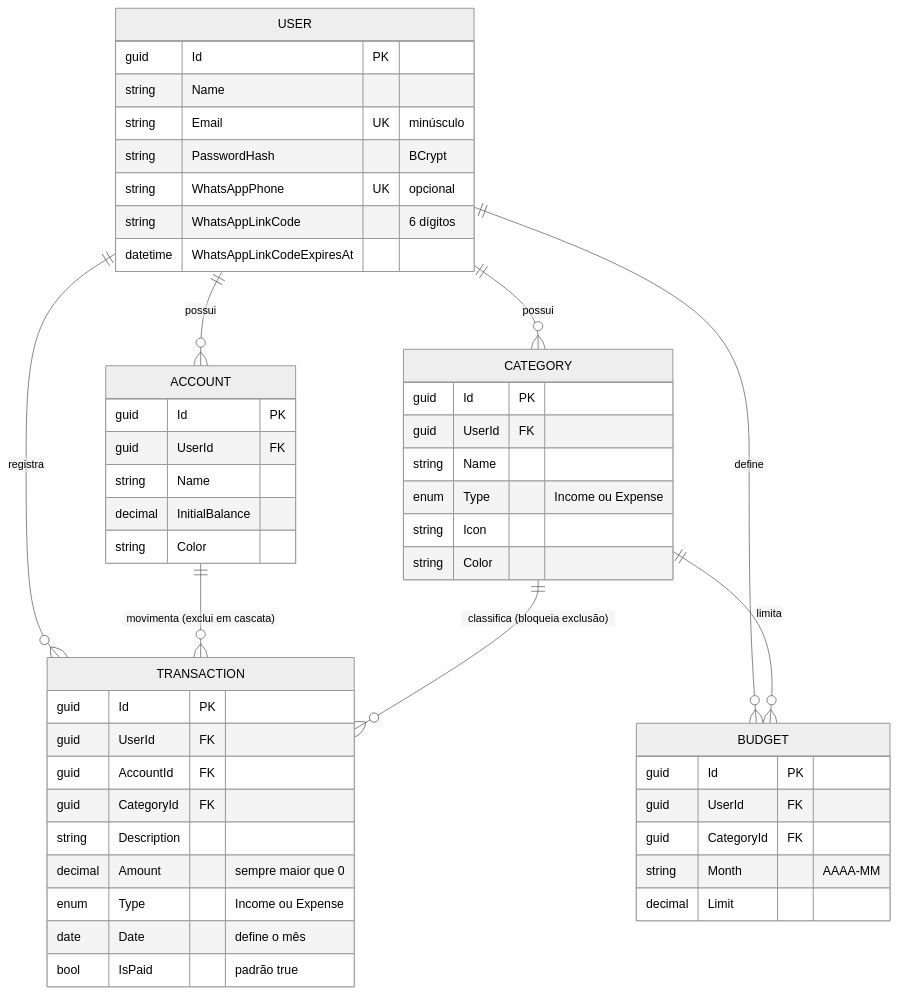
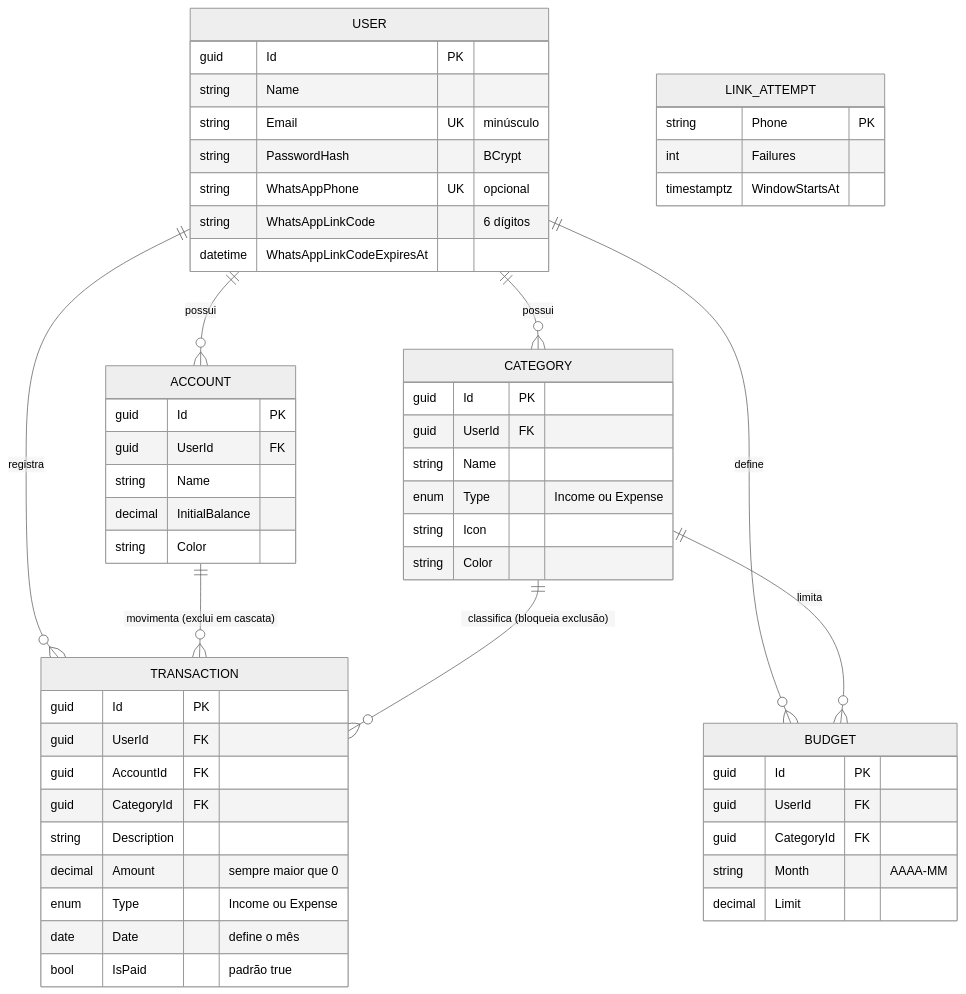
Before and after one commit to Williansouzh/economize: the second of 6 diagrams in docs/ARQUITETURA.md, drawn with Mermaid (neutral theme). The commit also changed other lines of this file and 21 other files, not shown here.

````diff
--- a/docs/ARQUITETURA.md
+++ b/docs/ARQUITETURA.md
@@ -72,52 +74,57 @@
 ```mermaid
 erDiagram
   USER ||--o{ ACCOUNT : possui
   USER ||--o{ CATEGORY : possui
   USER ||--o{ TRANSACTION : registra
   USER ||--o{ BUDGET : define
   ACCOUNT ||--o{ TRANSACTION : "movimenta (exclui em cascata)"
   CATEGORY ||--o{ TRANSACTION : "classifica (bloqueia exclusão)"
   CATEGORY ||--o{ BUDGET : limita
   USER {
     guid Id PK
     string Name
     string Email UK "minúsculo"
     string PasswordHash "BCrypt"
     string WhatsAppPhone UK "opcional"
     string WhatsAppLinkCode "6 dígitos"
     datetime WhatsAppLinkCodeExpiresAt
   }
   ACCOUNT {
     guid Id PK
     guid UserId FK
     string Name
     decimal InitialBalance
     string Color
   }
   CATEGORY {
     guid Id PK
     guid UserId FK
     string Name
     enum Type "Income ou Expense"
     string Icon
     string Color
   }
   TRANSACTION {
     guid Id PK
     guid UserId FK
     guid AccountId FK
     guid CategoryId FK
     string Description
     decimal Amount "sempre maior que 0"
     enum Type "Income ou Expense"
     date Date "define o mês"
     bool IsPaid "padrão true"
   }
   BUDGET {
     guid Id PK
     guid UserId FK
     guid CategoryId FK
     string Month "AAAA-MM"
     decimal Limit
   }
+  LINK_ATTEMPT {
+    string Phone PK
+    int Failures
+    timestamptz WindowStartsAt
+  }
 ```
````
